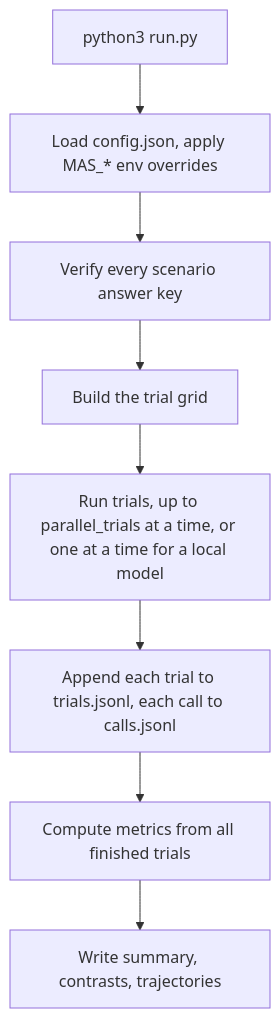
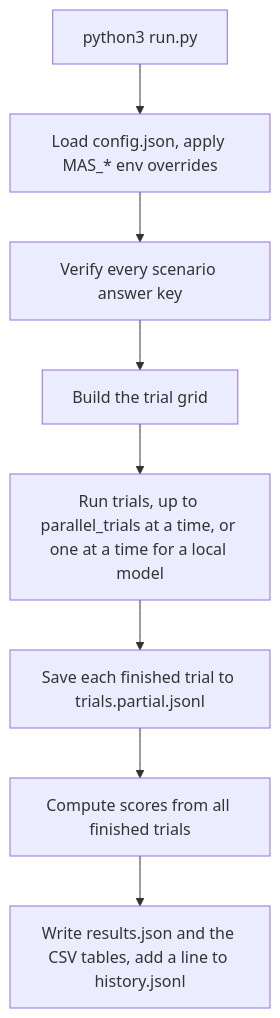
Before and after one commit to abhilekhborah/mas-belief-simulation: the diagram in README.md, drawn with Mermaid. The commit also changed other lines of this file and 9 other files, not shown here.

First line of the commit message:
Remove tests and fake mode; save full results.json and run history

````diff
--- a/README.md
+++ b/README.md
@@ -187,10 +182,10 @@
 ```mermaid
 flowchart TD
     A["python3 run.py"] --> B["Load config.json, apply MAS_* env overrides"]
     B --> C["Verify every scenario answer key"]
     C --> D["Build the trial grid"]
     D --> E["Run trials, up to parallel_trials at a time, or one at a time for a local model"]
-    E --> F["Append each trial to trials.jsonl, each call to calls.jsonl"]
-    F --> G["Compute metrics from all finished trials"]
-    G --> H["Write summary, contrasts, trajectories"]
+    E --> F["Save each finished trial to trials.partial.jsonl"]
+    F --> G["Compute scores from all finished trials"]
+    G --> H["Write results.json and the CSV tables, add a line to history.jsonl"]
 ```
````
